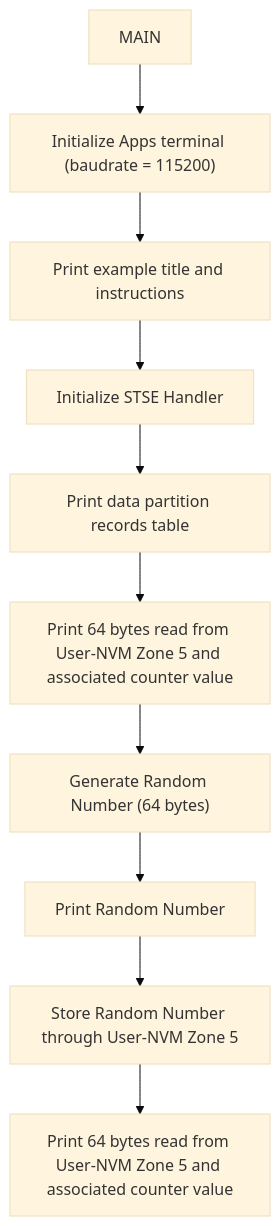
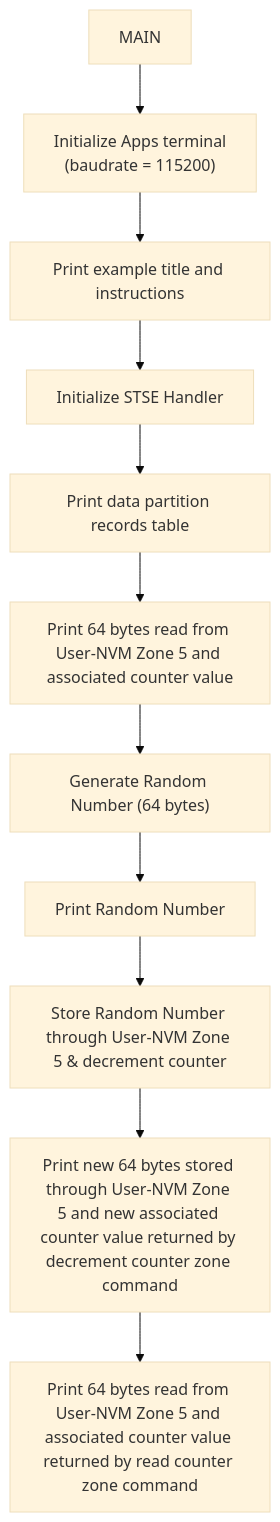
One commit to STMicroelectronics/STSAFE-A_secure_data_storage changed the second of 2 diagrams in README.md. Above: the diagram before and after it, drawn with Mermaid (base theme). The commit also changed other lines of this file and 12 other files, not shown here.

````diff
--- a/README.md
+++ b/README.md
@@ -36,12 +35,13 @@
 ```mermaid
 flowchart TD
-    A["MAIN"] --> B["Initialize Apps terminal (baudrate = 115200)"]
+    A["MAIN"] --> B["Initialize Apps terminal <br> (baudrate = 115200)"]
     B --> C["Print example title and instructions"]
     C --> D["Initialize STSE Handler"]
     D --> E["Print data partition records table"]
     E --> F["Print 64 bytes read from User-NVM Zone 5 and associated counter value"]
     F --> G["Generate Random Number (64 bytes)"]
     G --> H["Print Random Number"]
-    H --> I["Store Random Number through User-NVM Zone 5"]
-    I --> J["Print 64 bytes read from User-NVM Zone 5 and associated counter value"]
+    H --> I["Store Random Number through User-NVM Zone 5 & decrement counter"]
+    I --> J["Print new 64 bytes stored through User-NVM Zone 5 and new associated counter value returned by decrement counter zone command"]
+    J --> K["Print 64 bytes read from User-NVM Zone 5 and associated counter value returned by read counter zone command"]
 ```
````
